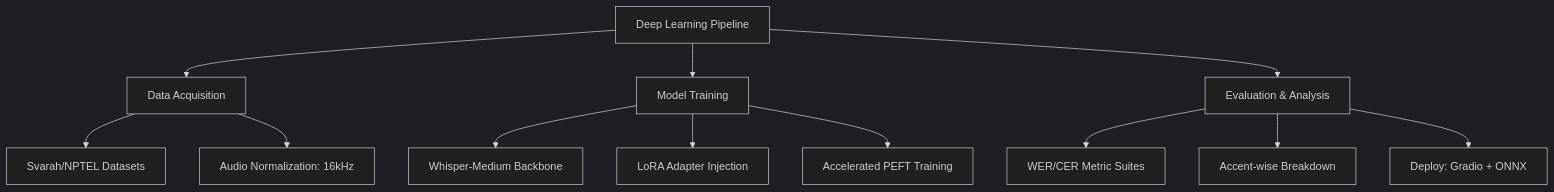
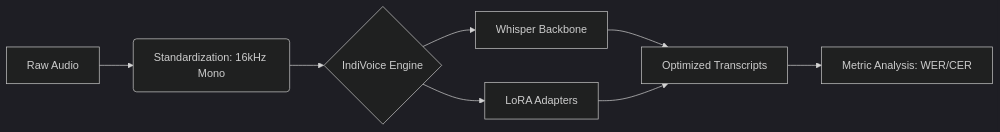
Before and after one commit to purvanshjoshi/IndiVoice-DeepASR: the diagram in README.md, drawn with Mermaid (dark theme). The commit also changed other lines of this file and 1 other file, not shown here.

````diff
--- a/README.md
+++ b/README.md
@@ -25,17 +51,9 @@
 ```mermaid
-graph TD
-    A[Deep Learning Pipeline] --> B[Data Acquisition]
-    A --> C[Model Training]
-    A --> D[Evaluation & Analysis]
-
-    B --> B1[Svarah/NPTEL Datasets]
-    B --> B2[Audio Normalization: 16kHz]
-    
-    C --> C1[Whisper-Medium Backbone]
-    C --> C2[LoRA Adapter Injection]
-    C --> C3[Accelerated PEFT Training]
-    
-    D --> D1[WER/CER Metric Suites]
-    D --> D2[Accent-wise Breakdown]
-    D --> D3[Deploy: Gradio + ONNX]
+graph LR
+    A[Raw Audio] --> B(Standardization: 16kHz Mono)
+    B --> C{IndiVoice Engine}
+    C --> D[Whisper Backbone]
+    C --> E[LoRA Adapters]
+    D & E --> F[Optimized Transcripts]
+    F --> G[Metric Analysis: WER/CER]
 ```
````
